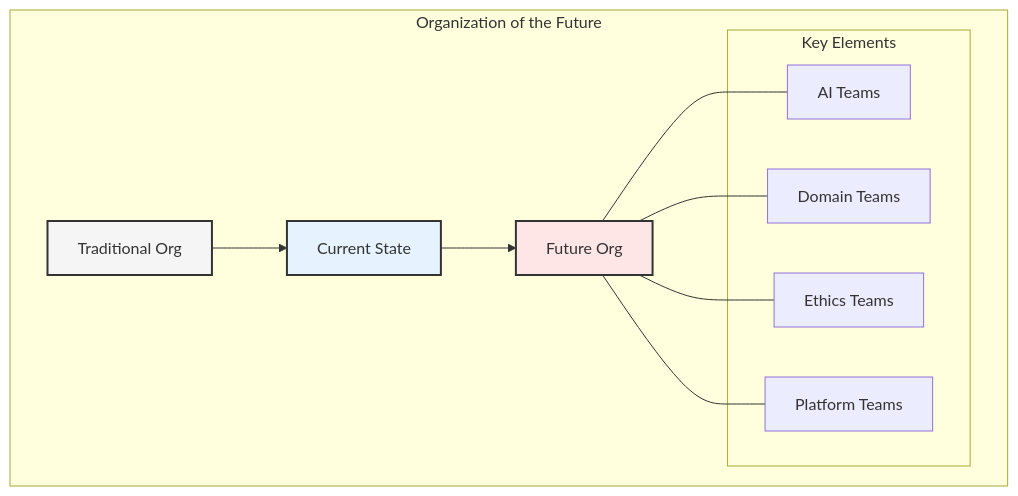
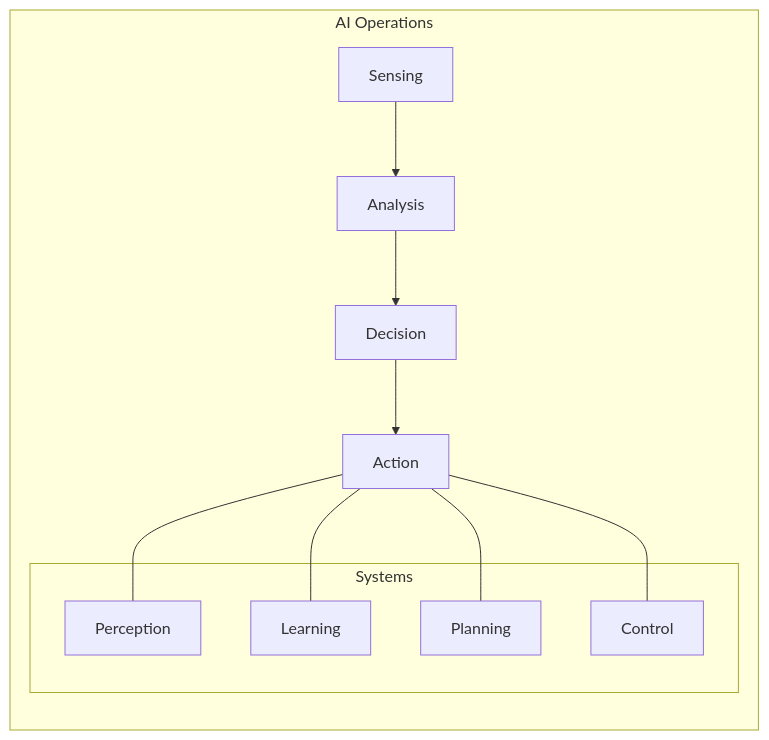
Before and after one commit to data-octo/agentic_ai_research: the third of 9 diagrams in enterprise_data_architecture/chapters/10_future_trends.md, drawn with Mermaid. The commit also changed other lines of this file and 11 other files, not shown here.

````diff
--- a/enterprise_data_architecture/chapters/10_future_trends.md
+++ b/enterprise_data_architecture/chapters/10_future_trends.md
@@ -140,23 +87,20 @@
 ```mermaid
-graph TB
-    subgraph "Organization of the Future"
-        A[Traditional Org] --> B[Current State]
-        B --> C[Future Org]
+graph LR
+    subgraph "AI Operations"
+        A[Sensing] --> B[Analysis]
+        B --> C[Decision]
+        C --> D[Action]
         
-        subgraph "Key Elements"
-            D[AI Teams]
-            E[Domain Teams]
-            F[Ethics Teams]
-            G[Platform Teams]
+        subgraph "Systems"
+            E[Perception]
+            F[Learning]
+            G[Planning]
+            H[Control]
         end
         
-        C --- D
-        C --- E
-        C --- F
-        C --- G
+        D --- E
+        D --- F
+        D --- G
+        D --- H
     end
-    
-    style A fill:#f5f5f5,stroke:#333,stroke-width:2px
-    style B fill:#e6f3ff,stroke:#333,stroke-width:2px
-    style C fill:#ffe6e6,stroke:#333,stroke-width:2px
 ```
````
